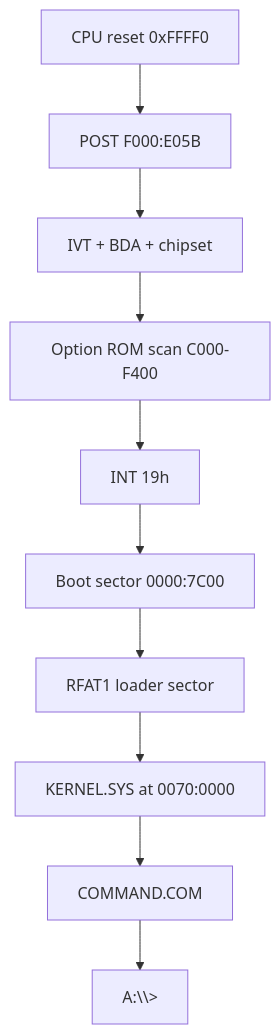
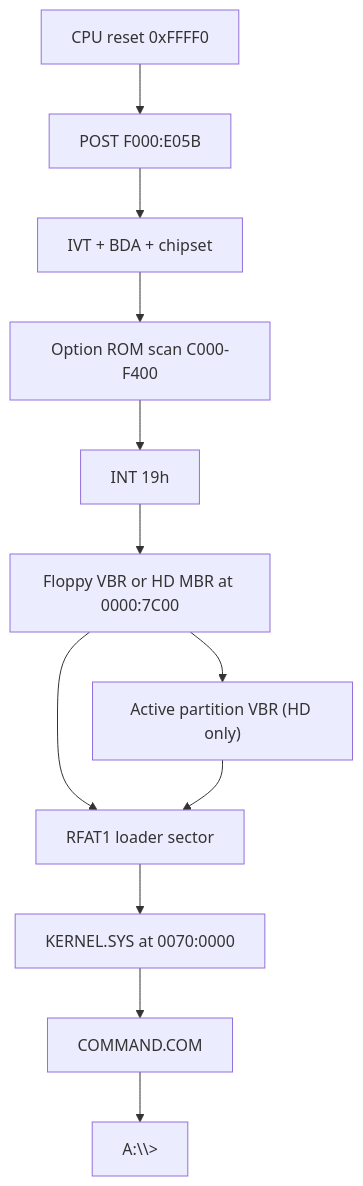
The diagram in docs/architecture.md (Trugath/rmdos), drawn with Mermaid before and after one commit. The commit also changed other lines of this file and 10 other files, not shown here.

````diff
--- a/docs/architecture.md
+++ b/docs/architecture.md
@@ -31,12 +31,14 @@
 ```mermaid
 flowchart TD
   reset["CPU reset 0xFFFF0"] --> post["POST F000:E05B"]
   post --> ivt["IVT + BDA + chipset"]
   ivt --> orom["Option ROM scan C000-F400"]
   orom --> i19["INT 19h"]
-  i19 --> boot["Boot sector 0000:7C00"]
+  i19 --> boot["Floppy VBR or HD MBR at 0000:7C00"]
+  boot --> mbr["Active partition VBR (HD only)"]
   boot --> rfat["RFAT1 loader sector"]
+  mbr --> rfat
   rfat --> kern["KERNEL.SYS at 0070:0000"]
   kern --> cmd["COMMAND.COM"]
   cmd --> prompt["A:\\>"]
 ```
````
